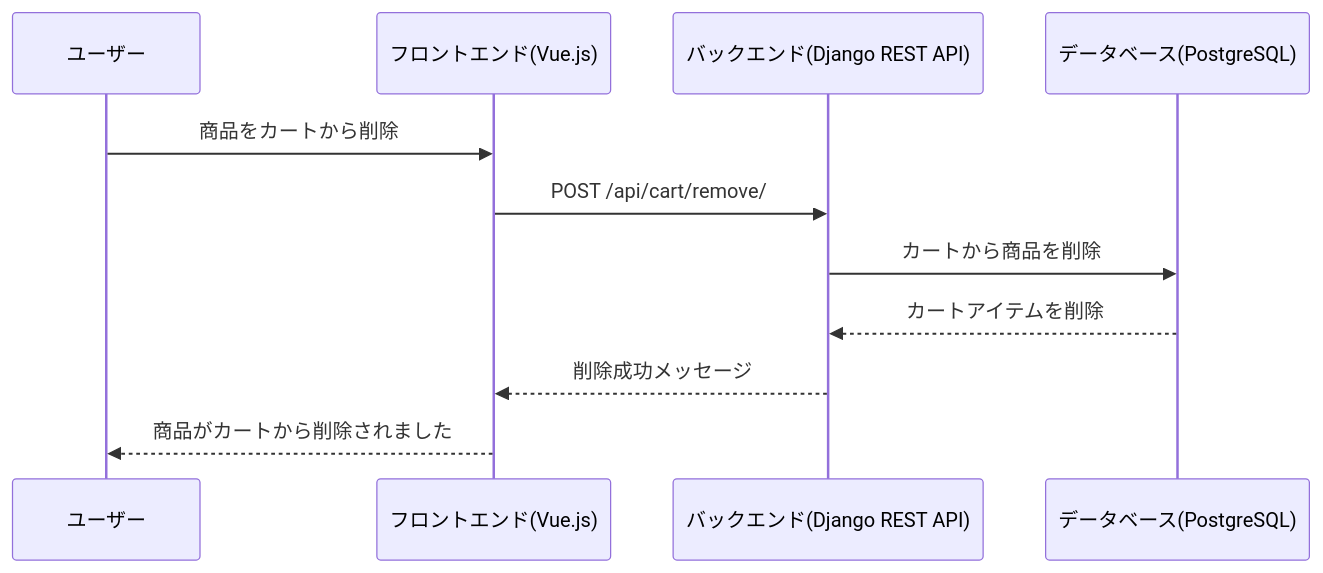
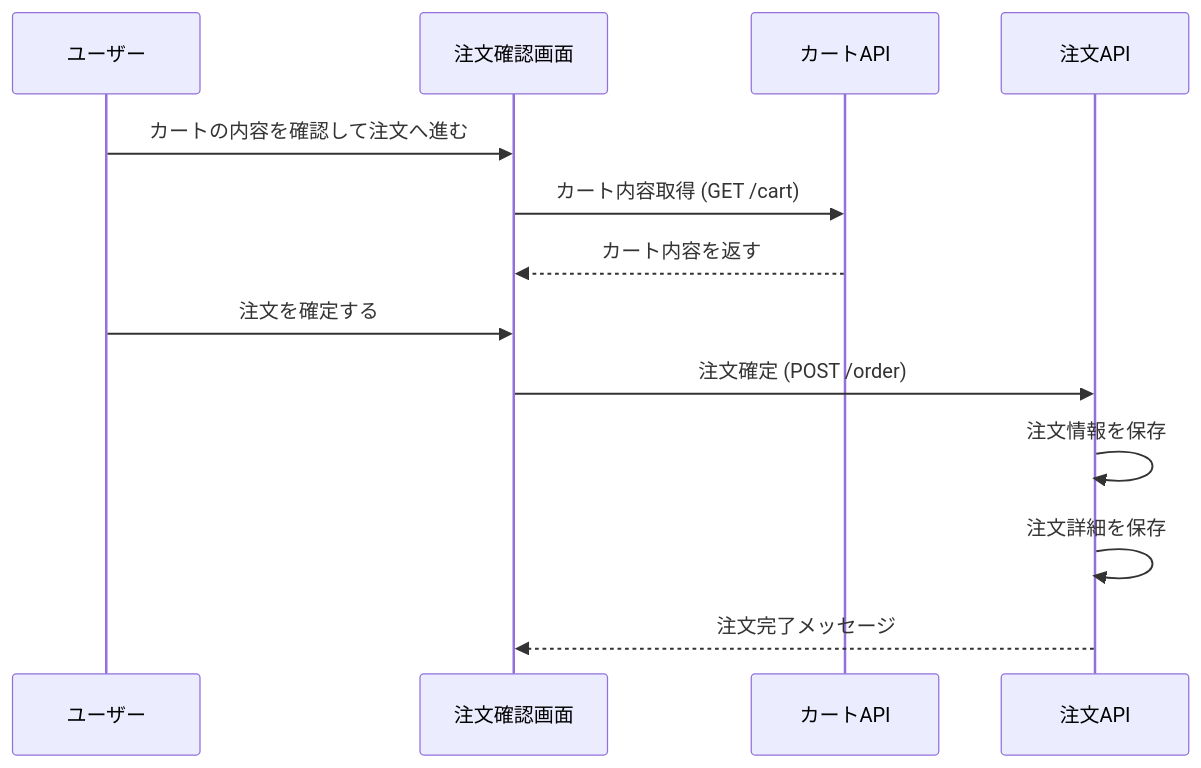
One commit to g-its-maruta/ai-dev-spec changed the third of 4 diagrams in function/機能設計書.md. Above: the diagram before and after it, drawn with Mermaid. The commit also changed other lines of this file and 5 other files, not shown here.

````diff
--- a/function/機能設計書.md
+++ b/function/機能設計書.md
@@ -56,14 +46,16 @@
 ```mermaid
 sequenceDiagram
-    participant User as ユーザー
-    participant VueApp as フロントエンド(Vue.js)
-    participant API as バックエンド(Django REST API)
-    participant DB as データベース(PostgreSQL)
+    participant ユーザー
+    participant 注文確認画面
+    participant カートAPI
+    participant 注文API
 
-    User->>VueApp: 商品をカートから削除
-    VueApp->>API: POST /api/cart/remove/
-    API->>DB: カートから商品を削除
-    DB-->>API: カートアイテムを削除
-    API-->>VueApp: 削除成功メッセージ
-    VueApp-->>User: 商品がカートから削除されました
+    ユーザー ->> 注文確認画面: カートの内容を確認して注文へ進む
+    注文確認画面 ->> カートAPI: カート内容取得 (GET /cart)
+    カートAPI -->> 注文確認画面: カート内容を返す
+    ユーザー ->> 注文確認画面: 注文を確定する
+    注文確認画面 ->> 注文API: 注文確定 (POST /order)
+    注文API ->> 注文API: 注文情報を保存
+    注文API ->> 注文API: 注文詳細を保存
+    注文API -->> 注文確認画面: 注文完了メッセージ
 ```
````
